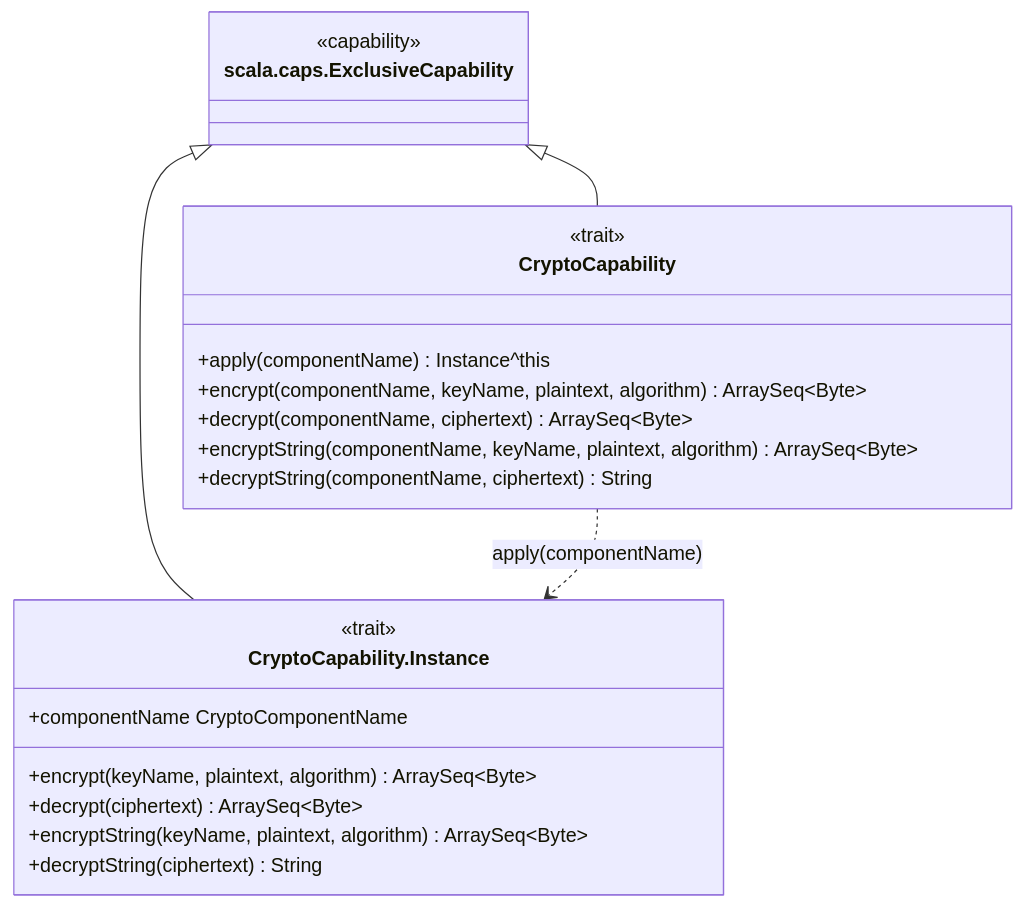
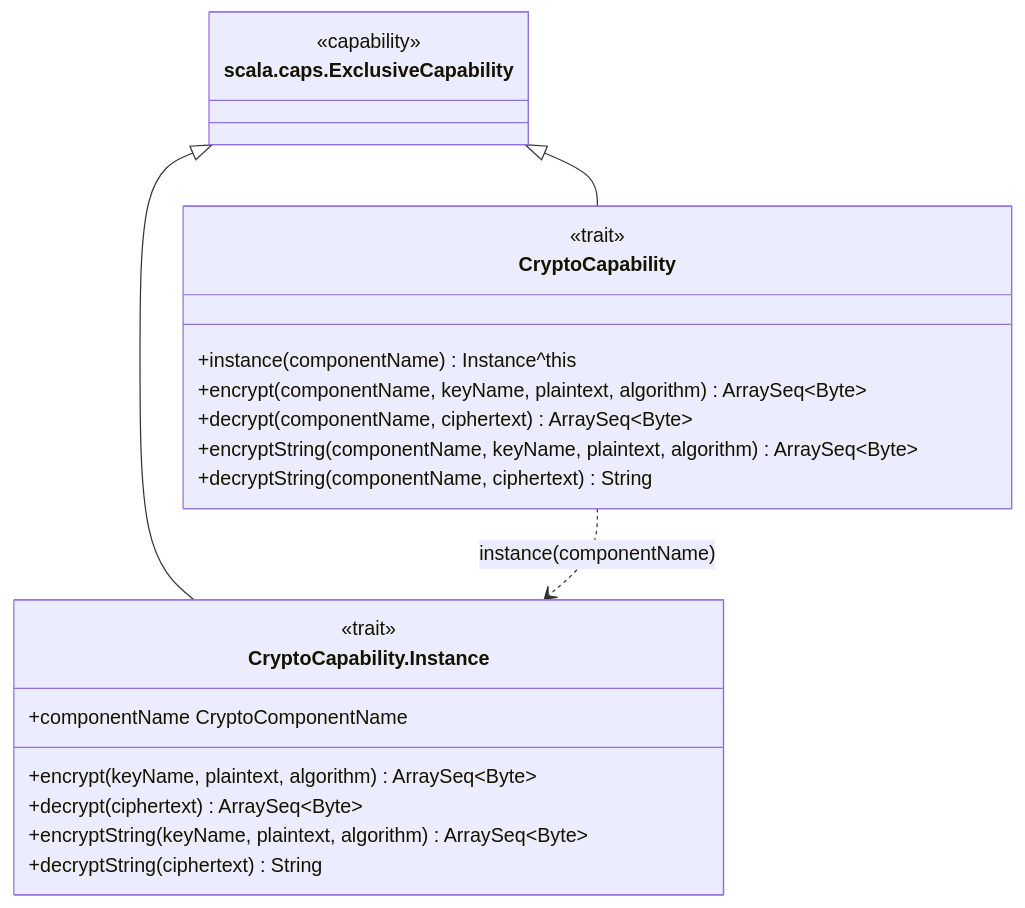
Before and after one commit to sideeffffect/dapr4s: the tenth of 15 diagrams in docs/CAPABILITY-HIERARCHY.md, drawn with Mermaid. The commit also changed other lines of this file and 26 other files, not shown here.

Commit message:
docs: instance(name)/forType narrowing in scaladoc, docs and spec

````diff
--- a/docs/CAPABILITY-HIERARCHY.md
+++ b/docs/CAPABILITY-HIERARCHY.md
@@ -404,27 +404,27 @@
 ```mermaid
 classDiagram
     direction TB
     class ExclusiveCapability["scala.caps.ExclusiveCapability"]
     <<capability>> ExclusiveCapability
 
     class CryptoCapability {
         <<trait>>
-        +apply(componentName) Instance^this
+        +instance(componentName) Instance^this
         +encrypt(componentName, keyName, plaintext, algorithm) ArraySeq~Byte~
         +decrypt(componentName, ciphertext) ArraySeq~Byte~
         +encryptString(componentName, keyName, plaintext, algorithm) ArraySeq~Byte~
         +decryptString(componentName, ciphertext) String
     }
 
     class CryptoCapability_Instance["CryptoCapability.Instance"]
     <<trait>> CryptoCapability_Instance
     CryptoCapability_Instance : +componentName CryptoComponentName
     CryptoCapability_Instance : +encrypt(keyName, plaintext, algorithm) ArraySeq~Byte~
     CryptoCapability_Instance : +decrypt(ciphertext) ArraySeq~Byte~
     CryptoCapability_Instance : +encryptString(keyName, plaintext, algorithm) ArraySeq~Byte~
     CryptoCapability_Instance : +decryptString(ciphertext) String
 
     ExclusiveCapability <|-- CryptoCapability
     ExclusiveCapability <|-- CryptoCapability_Instance
-    CryptoCapability ..> CryptoCapability_Instance : apply(componentName)
+    CryptoCapability ..> CryptoCapability_Instance : instance(componentName)
 ```
````
